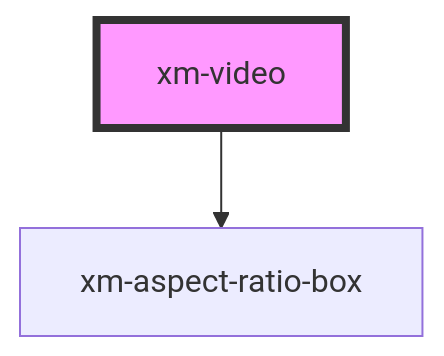
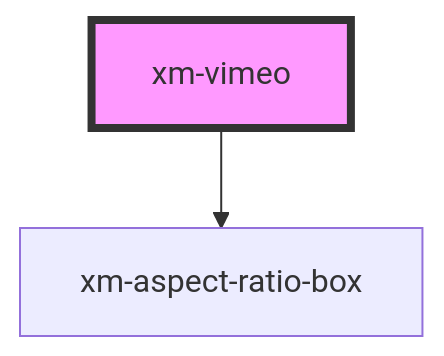
Before and after one commit to openHPI/xikolo-video-player: the diagram in src/components/video/readme.md, drawn with Mermaid. The commit also changed other lines of this file and 3 other files, not shown here.

````diff
--- a/src/components/video/readme.md
+++ b/src/components/video/readme.md
@@ -122,5 +120,5 @@
 ```mermaid
 graph TD;
-  xm-video --> xm-aspect-ratio-box
-  style xm-video fill:#f9f,stroke:#333,stroke-width:4px
+  xm-vimeo --> xm-aspect-ratio-box
+  style xm-vimeo fill:#f9f,stroke:#333,stroke-width:4px
 ```
````
